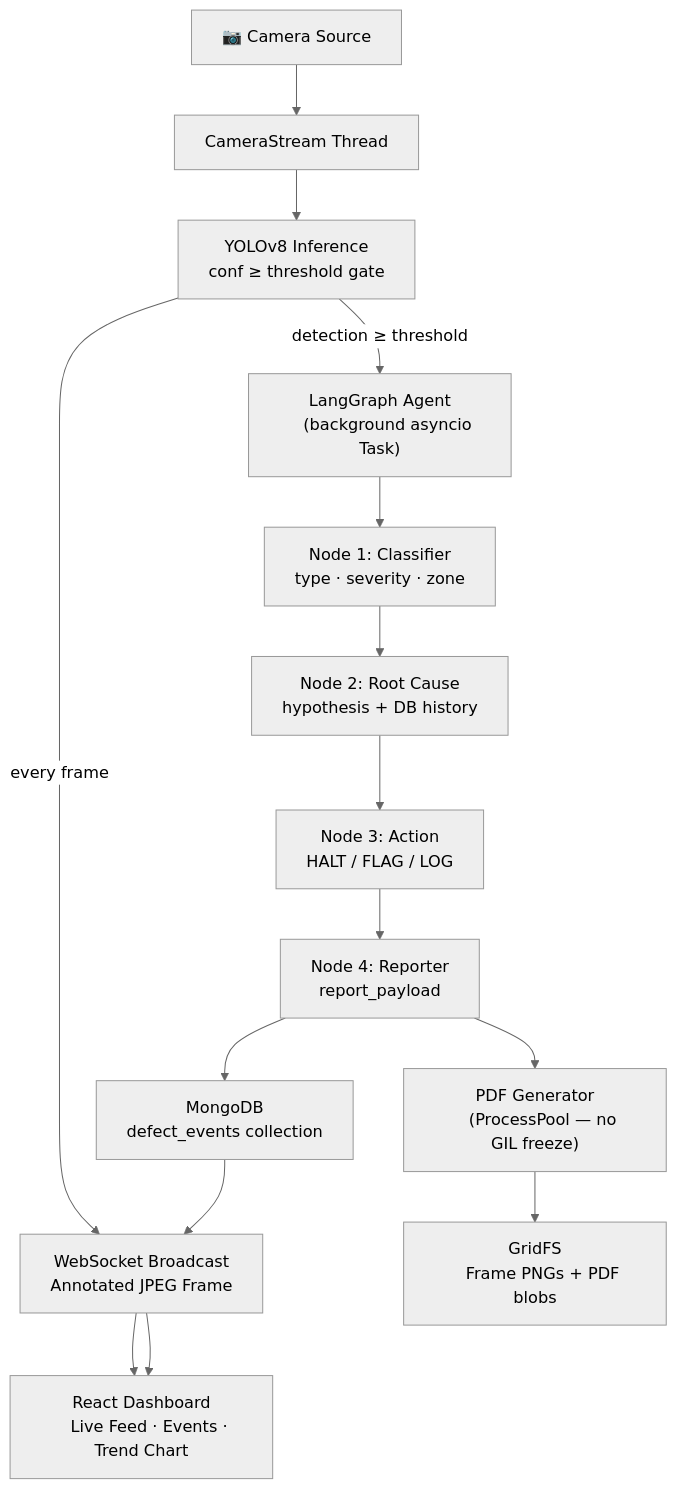
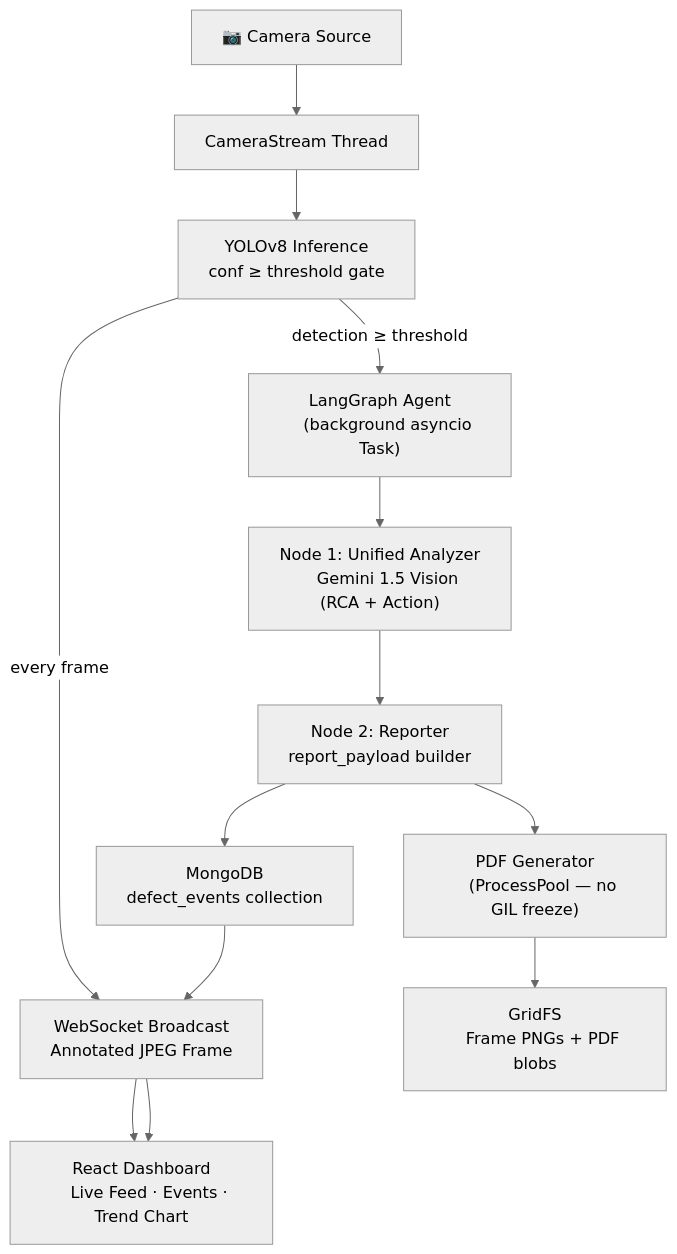
One commit to vishwanathdvgmm/industrial_edge_ai changed the diagram in README.md. Above: the diagram before and after it, drawn with Mermaid (neutral theme). The commit also changed other lines of this file and 1 other file, not shown here.

````diff
--- a/README.md
+++ b/README.md
@@ -53,36 +53,32 @@
 ```mermaid
 graph TD
     CAM["📷 Camera Source"]
     CS["CameraStream Thread"]
     YOLO["YOLOv8 Inference
     conf ≥ threshold gate"]
     WS_OUT["WebSocket Broadcast
     Annotated JPEG Frame"]
     AGENT["LangGraph Agent
     (background asyncio Task)"]
-    N1["Node 1: Classifier
-    type · severity · zone"]
-    N2["Node 2: Root Cause
-    hypothesis + DB history"]
-    N3["Node 3: Action
-    HALT / FLAG / LOG"]
-    N4["Node 4: Reporter
-    report_payload"]
+    N1["Node 1: Unified Analyzer
+    Gemini 1.5 Vision (RCA + Action)"]
+    N2["Node 2: Reporter
+    report_payload builder"]
     PDF["PDF Generator
     (ProcessPool — no GIL freeze)"]
     MONGO["MongoDB
     defect_events collection"]
     GRIDFS["GridFS
     Frame PNGs + PDF blobs"]
     REACT["React Dashboard
     Live Feed · Events · Trend Chart"]
 
     CAM --> CS --> YOLO
     YOLO -->|"every frame"| WS_OUT --> REACT
     YOLO -->|"detection ≥ threshold"| AGENT
-    AGENT --> N1 --> N2 --> N3 --> N4
-    N4 --> PDF --> GRIDFS
-    N4 --> MONGO
+    AGENT --> N1 --> N2
+    N2 --> PDF --> GRIDFS
+    N2 --> MONGO
     MONGO --> WS_OUT
     WS_OUT --> REACT
 ```
````
